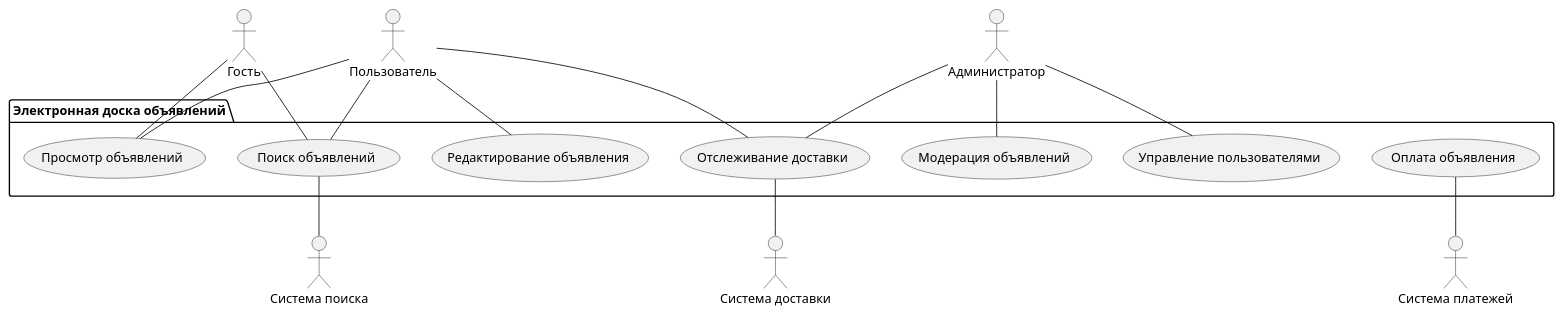
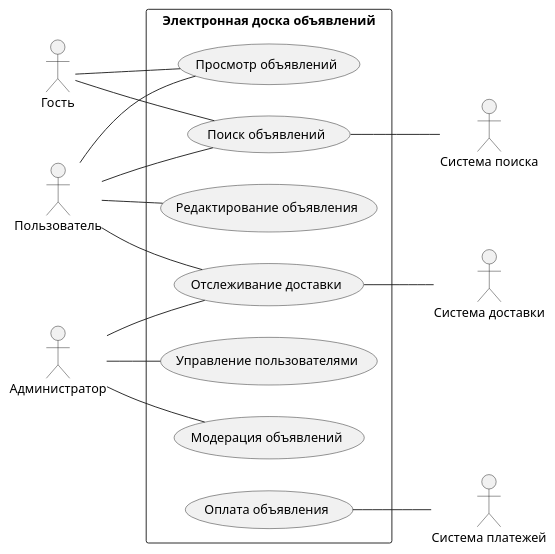
The diagram in Диаграмма прецедентов.md (penamarth/bsbo-01-22_team1_var13), drawn with PlantUML before and after one commit.

Commit message:
Edited Диаграмма прецедентов.md

````diff
--- a/Диаграмма прецедентов.md
+++ b/Диаграмма прецедентов.md
@@ -3,32 +3,34 @@
 ```plantuml
 @startuml
+skinparam packageStyle rect
+left to right direction
 
 :Пользователь:
 :Администратор:
 :Гость:
 :Система доставки:
 :Система платежей:
 :Система поиска:
 
 package "Электронная доска объявлений" {
 :Гость: -- (Просмотр объявлений)
 :Гость: -- (Поиск объявлений)
 
 :Пользователь: -- (Редактирование объявления)
 :Пользователь: -- (Просмотр объявлений)
 :Пользователь: -- (Поиск объявлений)
 :Пользователь: -- (Отслеживание доставки)
 
 :Администратор: -- (Модерация объявлений)
 :Администратор: -- (Управление пользователями)
 :Администратор: -- (Отслеживание доставки)
 
 (Оплата объявления) -- :Система платежей: 
 
 (Поиск объявлений) -- :Система поиска:
   
 (Отслеживание доставки) -- :Система доставки:
 }
 
 @enduml
 ```
````
